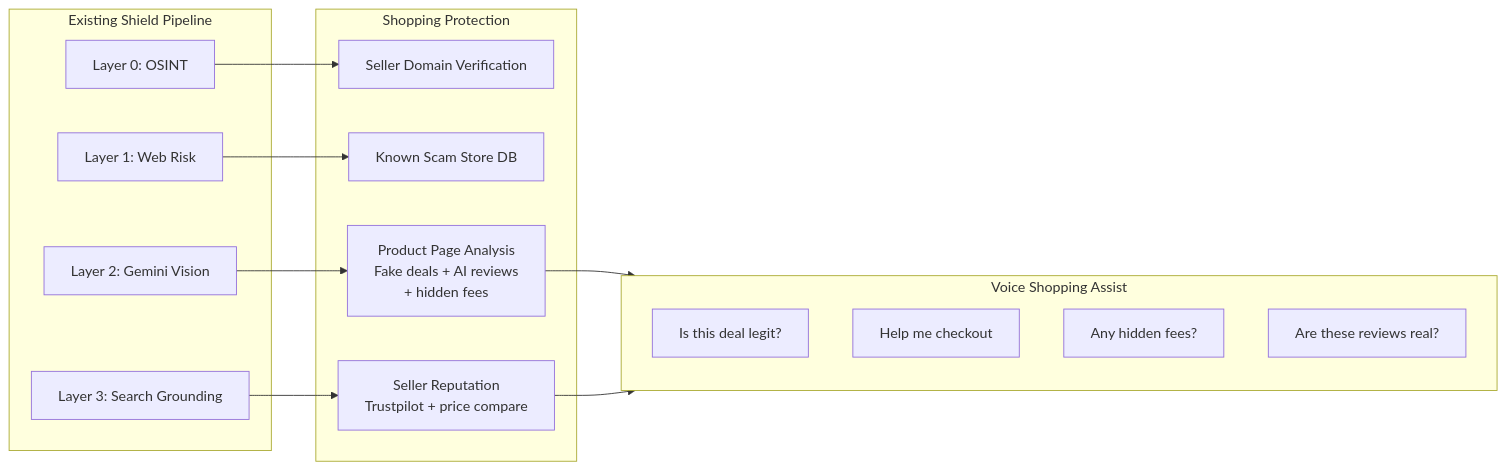
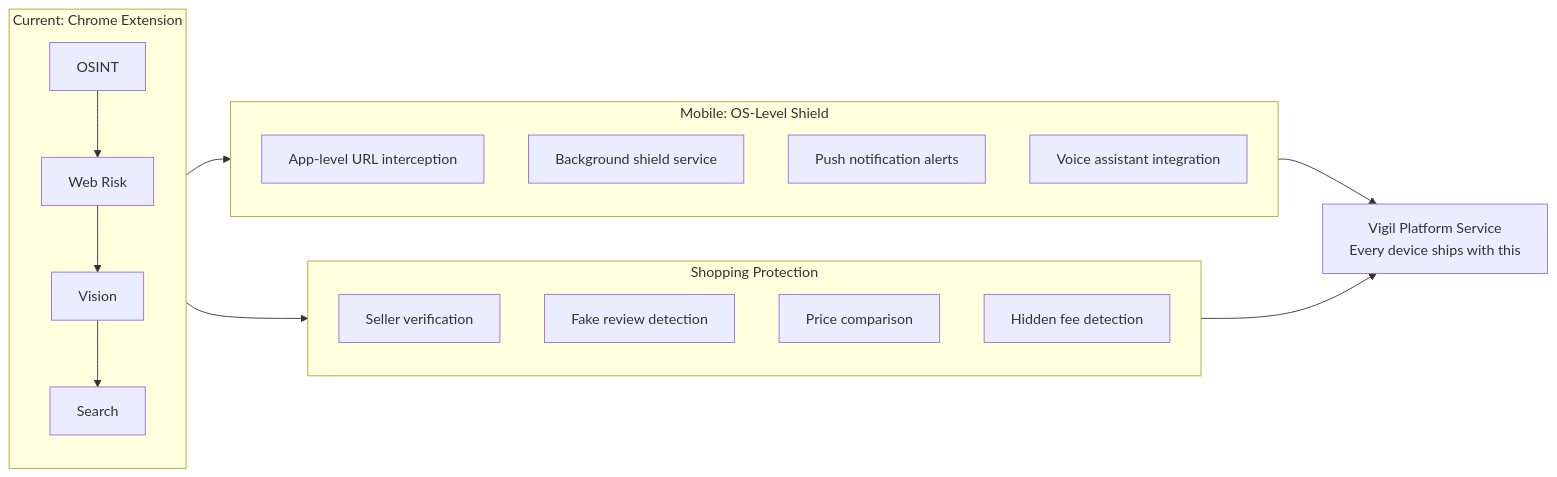
Before and after one commit to vigneshbarani24/resolve-vigil: the tenth of 10 diagrams in docs/architecture-diagrams.md, drawn with Mermaid. The commit also changed other lines of this file and 19 other files, not shown here.

First line of the commit message:
feat: 5-layer shield pipeline + voice extension + deepfake annotations

````diff
--- a/docs/architecture-diagrams.md
+++ b/docs/architecture-diagrams.md
@@ -544,30 +500,25 @@
 ```mermaid
 flowchart LR
-    subgraph EXISTING["Existing Shield Pipeline"]
-        E0[Layer 0: OSINT]
-        E1[Layer 1: Web Risk]
-        E2[Layer 2: Gemini Vision]
-        E3[Layer 3: Search Grounding]
+    subgraph CURRENT["Current: Chrome Extension"]
+        E0[OSINT] --> E1[Web Risk] --> E2[Vision] --> E3[Search]
+    end
+
+    subgraph MOBILE["Mobile: OS-Level Shield"]
+        M0[App-level URL interception]
+        M1[Background shield service]
+        M2[Push notification alerts]
+        M3[Voice assistant integration]
     end
 
     subgraph SHOPPING["Shopping Protection"]
-        S0[Seller Domain Verification]
-        S1[Known Scam Store DB]
-        S2[Product Page Analysis<br/>Fake deals + AI reviews<br/>+ hidden fees]
-        S3[Seller Reputation<br/>Trustpilot + price compare]
+        S1[Seller verification]
+        S2[Fake review detection]
+        S3[Price comparison]
+        S4[Hidden fee detection]
     end
 
-    subgraph VOICE_SHOP["Voice Shopping Assist"]
-        V1[Is this deal legit?]
-        V2[Help me checkout]
-        V3[Any hidden fees?]
-        V4[Are these reviews real?]
-    end
-
-    E0 --> S0
-    E1 --> S1
-    E2 --> S2
-    E3 --> S3
-    S2 --> VOICE_SHOP
-    S3 --> VOICE_SHOP
+    CURRENT --> MOBILE
+    CURRENT --> SHOPPING
+    MOBILE --> PLATFORM[Vigil Platform Service<br/>Every device ships with this]
+    SHOPPING --> PLATFORM
 ```
````
